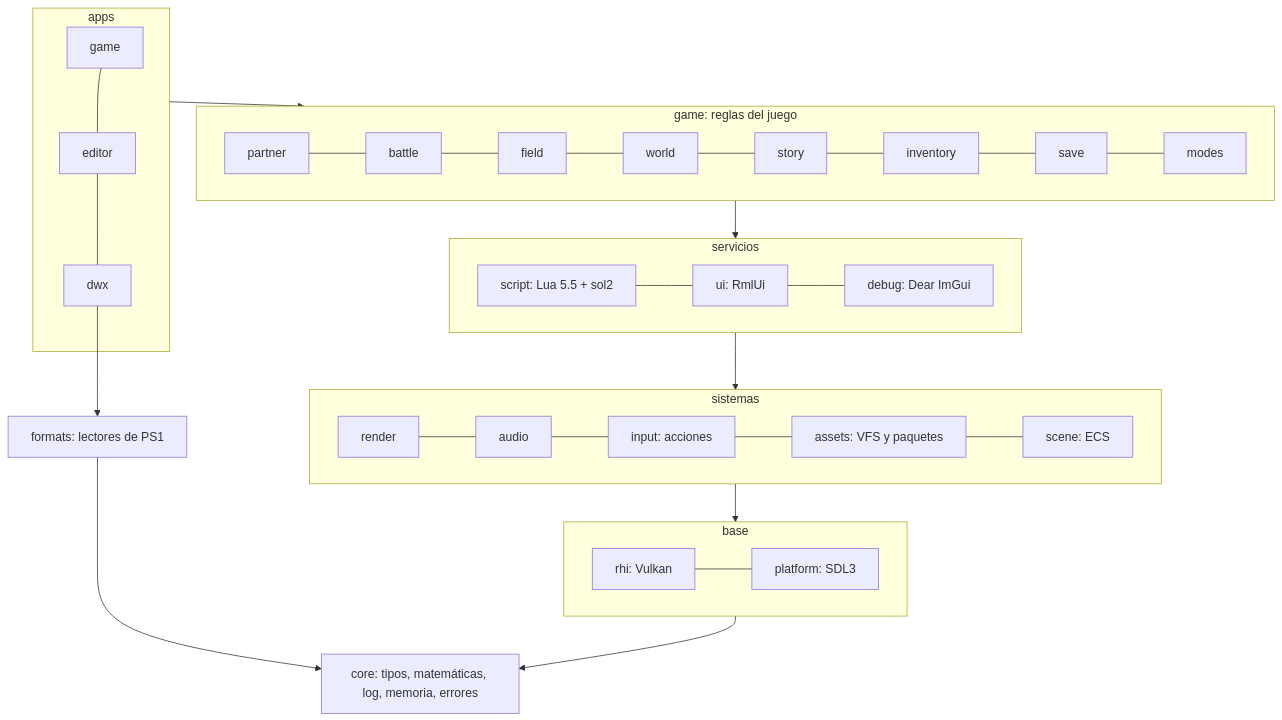
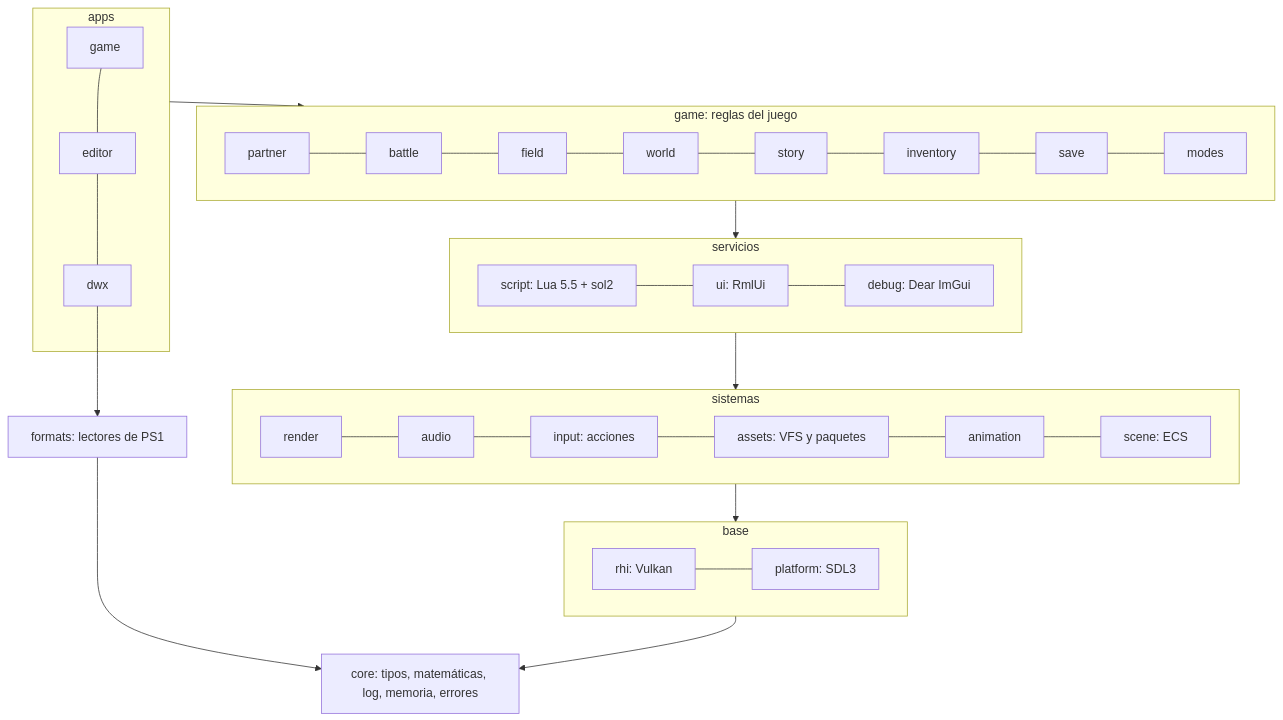
The second of 2 diagrams in docs/architecture/overview.md (Indie-Modding-Games/dw-engine), drawn with Mermaid before and after one commit. The commit also changed 41 other files, not shown here.

````diff
--- a/docs/architecture/overview.md
+++ b/docs/architecture/overview.md
@@ -48,23 +48,23 @@
 ```mermaid
 flowchart TB
     subgraph apps[apps]
         game_app[game] --- editor[editor] --- dwx[dwx]
     end
     subgraph gameplay[game: reglas del juego]
         partner --- battle --- field --- world --- story --- inventory --- save --- modes
     end
     subgraph services[servicios]
         script[script: Lua 5.5 + sol2] --- ui[ui: RmlUi] --- debug[debug: Dear ImGui]
     end
     subgraph systems[sistemas]
-        render --- audio --- input[input: acciones] --- assets[assets: VFS y paquetes] --- scene[scene: ECS]
+        render --- audio --- input[input: acciones] --- assets[assets: VFS y paquetes] --- animation --- scene[scene: ECS]
     end
     subgraph base[base]
         rhi[rhi: Vulkan] --- platform[platform: SDL3]
     end
     core[core: tipos, matemáticas, log, memoria, errores]
     formats[formats: lectores de PS1]
 
     apps --> gameplay --> services --> systems --> base --> core
     dwx --> formats --> core
 ```
````
